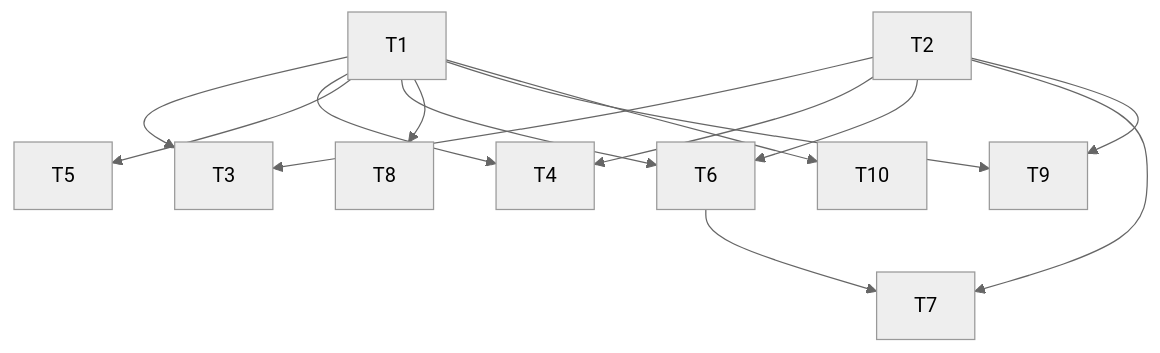
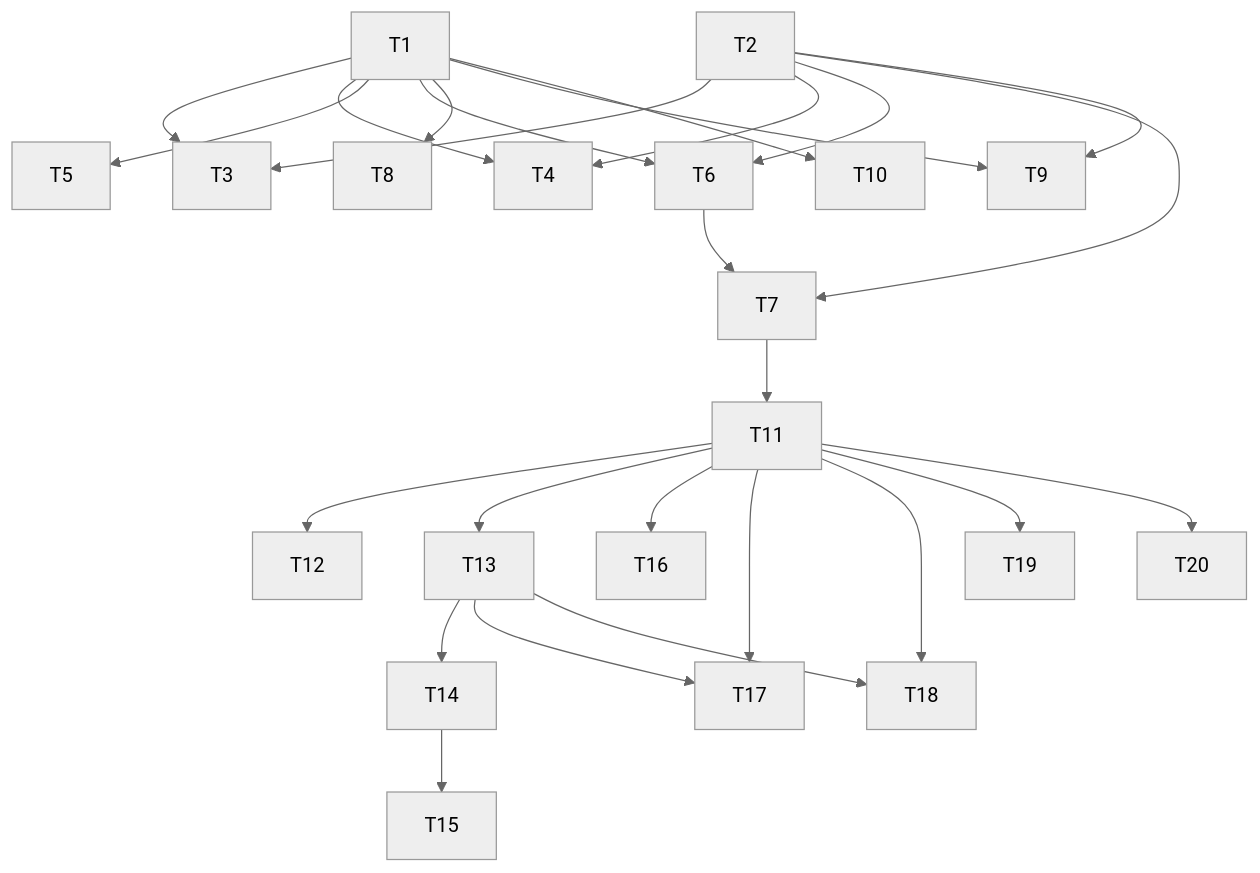
Before and after one commit to agentezai/coltratos: the second of 2 diagrams in docs/coltratos-app-ui/feat/00-overview.md, drawn with Mermaid (neutral theme). The commit also changed other lines of this file and 102 other files, not shown here.

````diff
--- a/docs/coltratos-app-ui/feat/00-overview.md
+++ b/docs/coltratos-app-ui/feat/00-overview.md
@@ -45,6 +62,11 @@
 ```mermaid
 flowchart TD
   T1 --> T3 & T4 & T5 & T6 & T8 & T9 & T10
   T2 --> T3 & T4 & T6 & T7 & T9
   T6 --> T7
+  T7 --> T11
+  T11 --> T12 & T13 & T16 & T17 & T18 & T19 & T20
+  T13 --> T14
+  T14 --> T15
+  T13 --> T17 & T18
 ```
````
